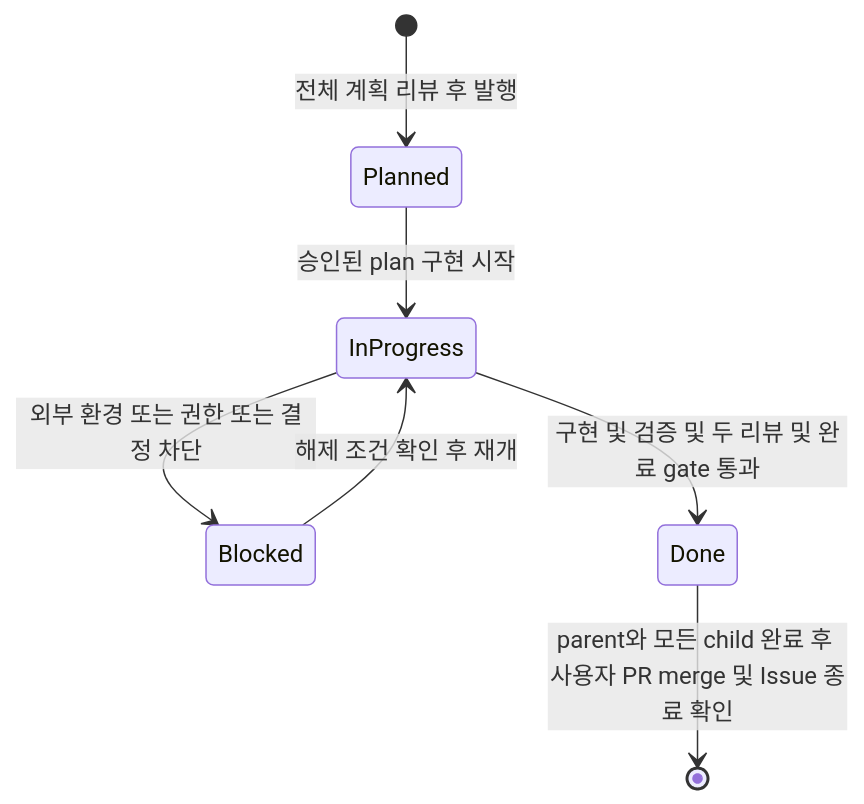
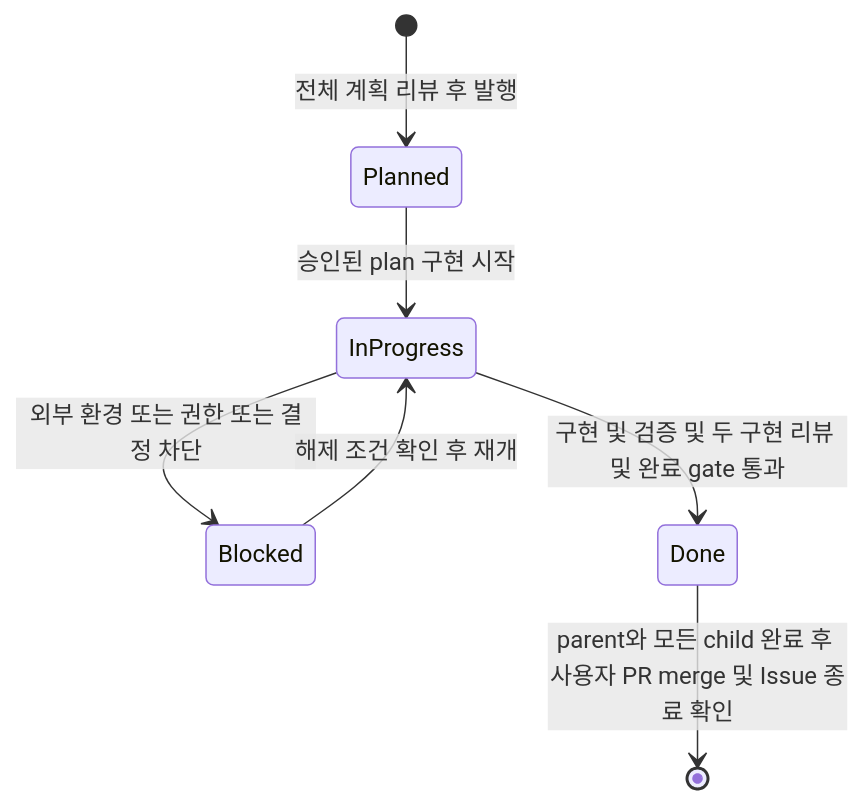
The fifth of 5 diagrams in docs/architecture/workflow-lifecycle.md (omegafrog/harness-codex), drawn with Mermaid before and after one commit. The commit also changed other lines of this file and 176 other files, not shown here.

````diff
--- a/docs/architecture/workflow-lifecycle.md
+++ b/docs/architecture/workflow-lifecycle.md
@@ -323,9 +323,9 @@
 ```mermaid
 stateDiagram-v2
     [*] --> Planned: 전체 계획 리뷰 후 발행
     Planned --> InProgress: 승인된 plan 구현 시작
     InProgress --> Blocked: 외부 환경 또는 권한 또는 결정 차단
     Blocked --> InProgress: 해제 조건 확인 후 재개
-    InProgress --> Done: 구현 및 검증 및 두 리뷰 및 완료 gate 통과
+    InProgress --> Done: 구현 및 검증 및 두 구현 리뷰 및 완료 gate 통과
     Done --> [*]: parent와 모든 child 완료 후 사용자 PR merge 및 Issue 종료 확인
 ```
````
